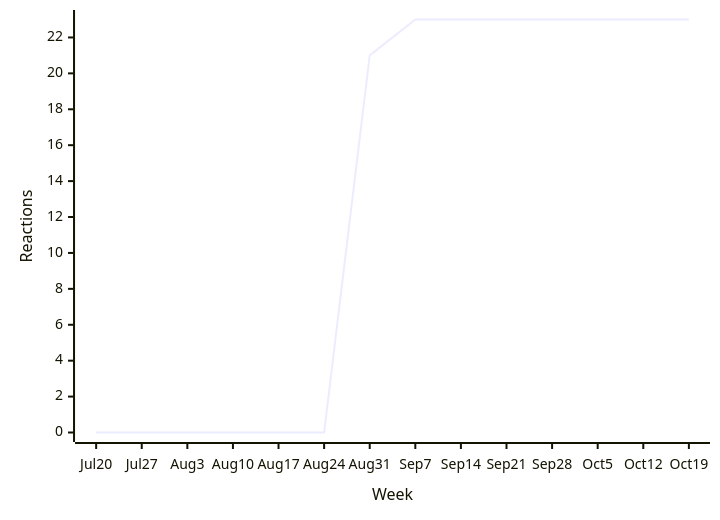
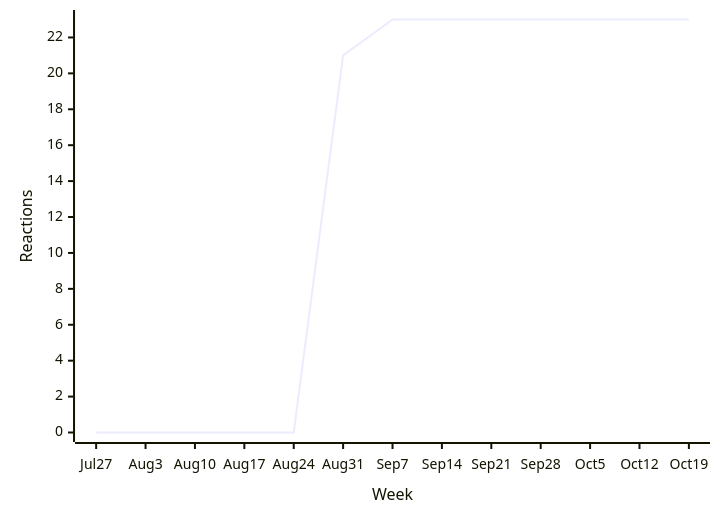
Before and after one commit to loic-sharma/github-insights: the third of 39 diagrams in README.md, drawn with Mermaid. The commit also changed other lines of this file and 3 other files, not shown here.

````diff
--- a/README.md
+++ b/README.md
@@ -358,6 +358,6 @@
   ```mermaid
   xychart-beta
-    x-axis "Week" [Jul 20, Jul 27, Aug 3, Aug 10, Aug 17, Aug 24, Aug 31, Sep 7, Sep 14, Sep 21, Sep 28, Oct 5, Oct 12, Oct 19]
+    x-axis "Week" [Jul 27, Aug 3, Aug 10, Aug 17, Aug 24, Aug 31, Sep 7, Sep 14, Sep 21, Sep 28, Oct 5, Oct 12, Oct 19]
     y-axis "Reactions"
-    line [0, 0, 0, 0, 0, 0, 21, 23, 23, 23, 23, 23, 23, 23]
+    line [0, 0, 0, 0, 0, 21, 23, 23, 23, 23, 23, 23, 23]
   ```
````
